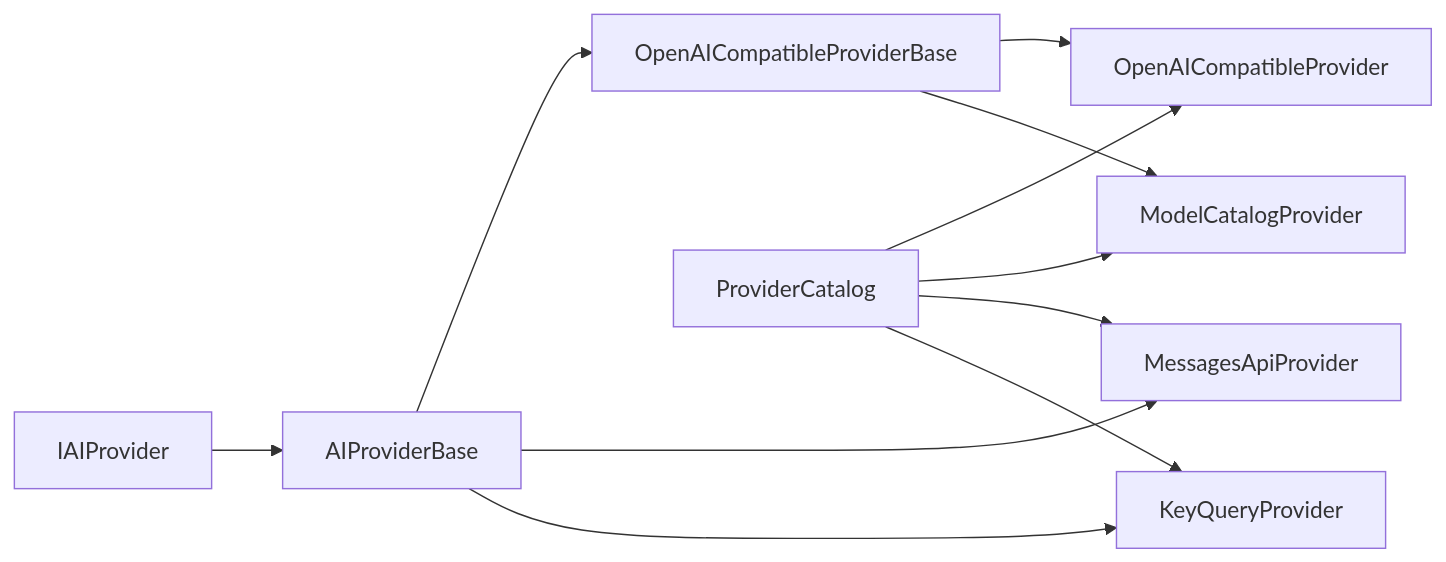
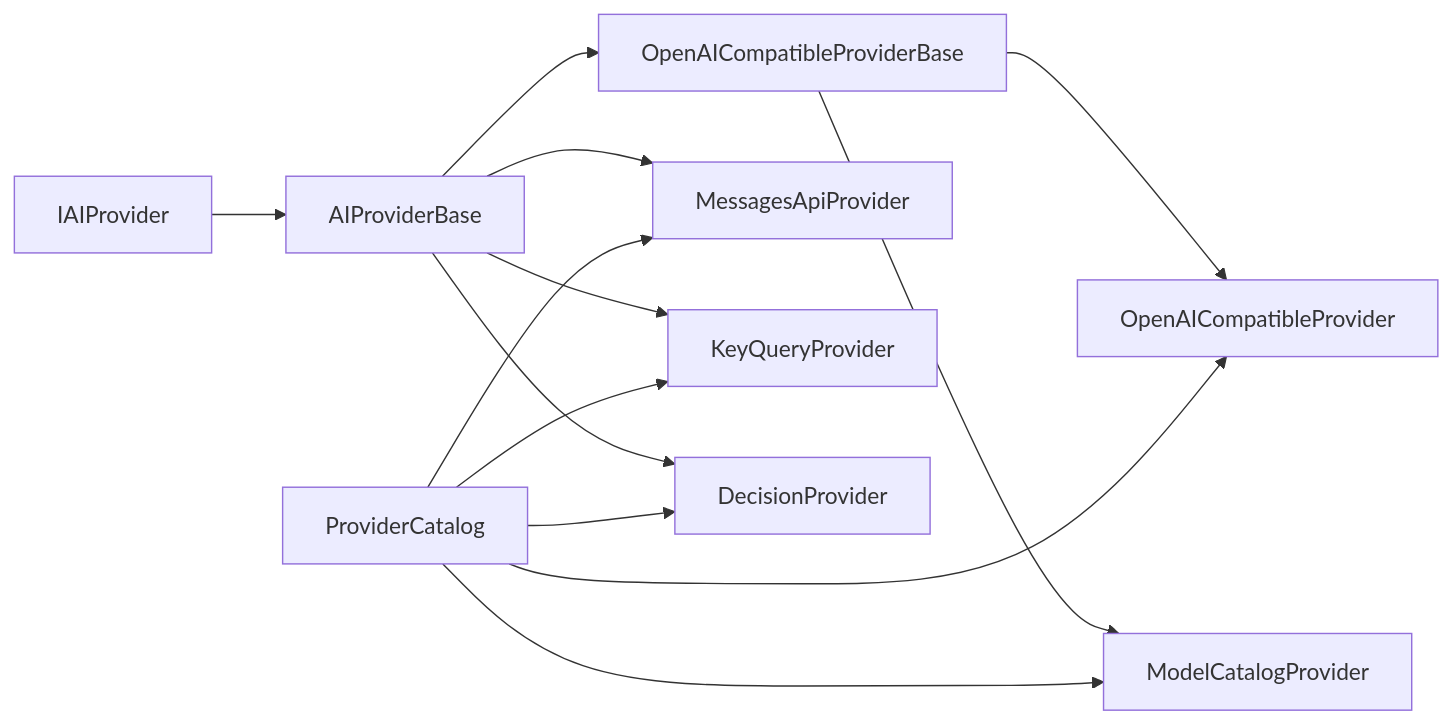
The diagram in docs/index.md (AlexNek/AIProviderConnect), drawn with Mermaid before and after one commit. The commit also changed other lines of this file and 86 other files, not shown here.

````diff
--- a/docs/index.md
+++ b/docs/index.md
@@ -26,13 +33,15 @@
 ```mermaid
 graph LR
     A[IAIProvider] --> B[AIProviderBase]
     B --> C[OpenAICompatibleProviderBase]
     B --> D[MessagesApiProvider]
     B --> E[KeyQueryProvider]
+    B --> G[DecisionProvider]
     C --> F[OpenAICompatibleProvider]
     C --> H[ModelCatalogProvider]
     I[ProviderCatalog] --> F
     I --> H
     I --> D
     I --> E
+    I --> G
 ```
````
